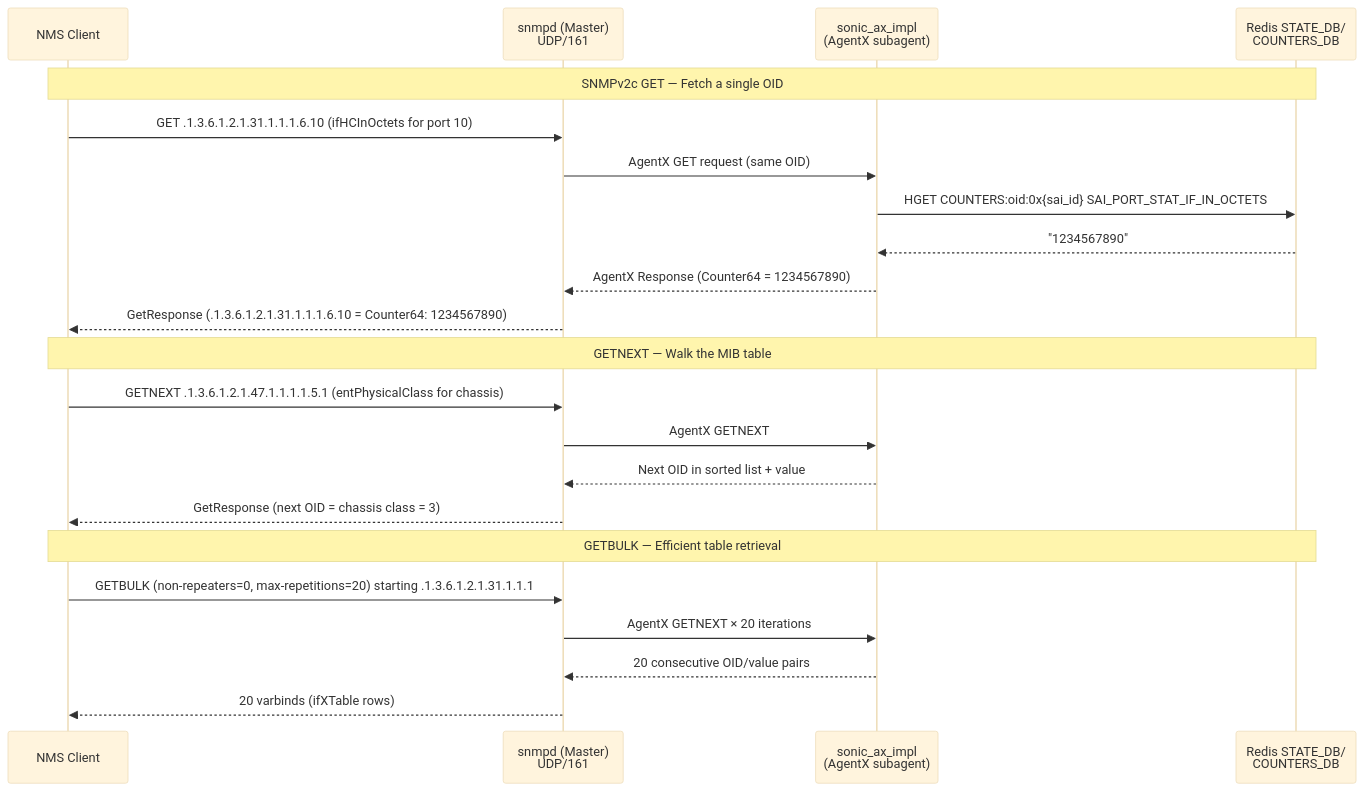
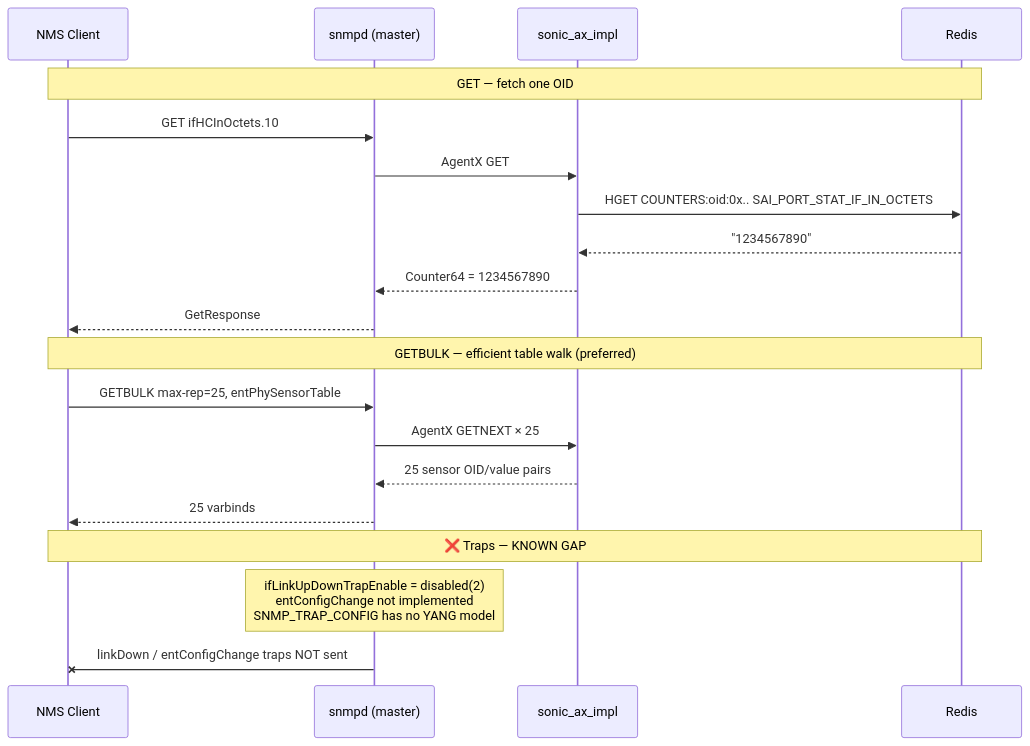
The third of 4 diagrams in initial_compliance_requirements.md (sonic-net/sonic-snmpagent), drawn with Mermaid before and after one commit. The commit also changed other lines of this file, not shown here.

Commit message:
docs: reduce diagrams to 5 essential LR charts, tighten content

````diff
--- a/initial_compliance_requirements.md
+++ b/initial_compliance_requirements.md
@@ -212,31 +129,25 @@
 ```mermaid
-%%{init: {"theme": "base"}}%%
 sequenceDiagram
-    participant NMS as NMS Client
-    participant SNMPD as snmpd (Master)<br/>UDP/161
-    participant AX as sonic_ax_impl<br/>(AgentX subagent)
-    participant REDIS as Redis STATE_DB/<br/>COUNTERS_DB
+    participant NMS  as NMS Client
+    participant SNMPD as snmpd (master)
+    participant AX   as sonic_ax_impl
+    participant DB   as Redis
 
-    Note over NMS,REDIS: SNMPv2c GET — Fetch a single OID
+    Note over NMS,DB: GET — fetch one OID
+    NMS->>SNMPD: GET ifHCInOctets.10
+    SNMPD->>AX: AgentX GET
+    AX->>DB: HGET COUNTERS:oid:0x.. SAI_PORT_STAT_IF_IN_OCTETS
+    DB-->>AX: "1234567890"
+    AX-->>SNMPD: Counter64 = 1234567890
+    SNMPD-->>NMS: GetResponse
 
-    NMS->>SNMPD: GET .1.3.6.1.2.1.31.1.1.1.6.10 (ifHCInOctets for port 10)
-    SNMPD->>AX: AgentX GET request (same OID)
-    AX->>REDIS: HGET COUNTERS:oid:0x{sai_id} SAI_PORT_STAT_IF_IN_OCTETS
-    REDIS-->>AX: "1234567890"
-    AX-->>SNMPD: AgentX Response (Counter64 = 1234567890)
-    SNMPD-->>NMS: GetResponse (.1.3.6.1.2.1.31.1.1.1.6.10 = Counter64: 1234567890)
+    Note over NMS,DB: GETBULK — efficient table walk (preferred)
+    NMS->>SNMPD: GETBULK max-rep=25, entPhySensorTable
+    SNMPD->>AX: AgentX GETNEXT × 25
+    AX-->>SNMPD: 25 sensor OID/value pairs
+    SNMPD-->>NMS: 25 varbinds
 
-    Note over NMS,REDIS: GETNEXT — Walk the MIB table
-
-    NMS->>SNMPD: GETNEXT .1.3.6.1.2.1.47.1.1.1.1.5.1 (entPhysicalClass for chassis)
-    SNMPD->>AX: AgentX GETNEXT
-    AX-->>SNMPD: Next OID in sorted list + value
-    SNMPD-->>NMS: GetResponse (next OID = chassis class = 3)
-
-    Note over NMS,REDIS: GETBULK — Efficient table retrieval
-
-    NMS->>SNMPD: GETBULK (non-repeaters=0, max-repetitions=20) starting .1.3.6.1.2.1.31.1.1.1
-    SNMPD->>AX: AgentX GETNEXT × 20 iterations
-    AX-->>SNMPD: 20 consecutive OID/value pairs
-    SNMPD-->>NMS: 20 varbinds (ifXTable rows)
+    Note over NMS,DB: ❌ Traps — KNOWN GAP
+    Note over SNMPD: ifLinkUpDownTrapEnable = disabled(2)<br/>entConfigChange not implemented<br/>SNMP_TRAP_CONFIG has no YANG model
+    SNMPD-xNMS: linkDown / entConfigChange traps NOT sent
 ```
````
